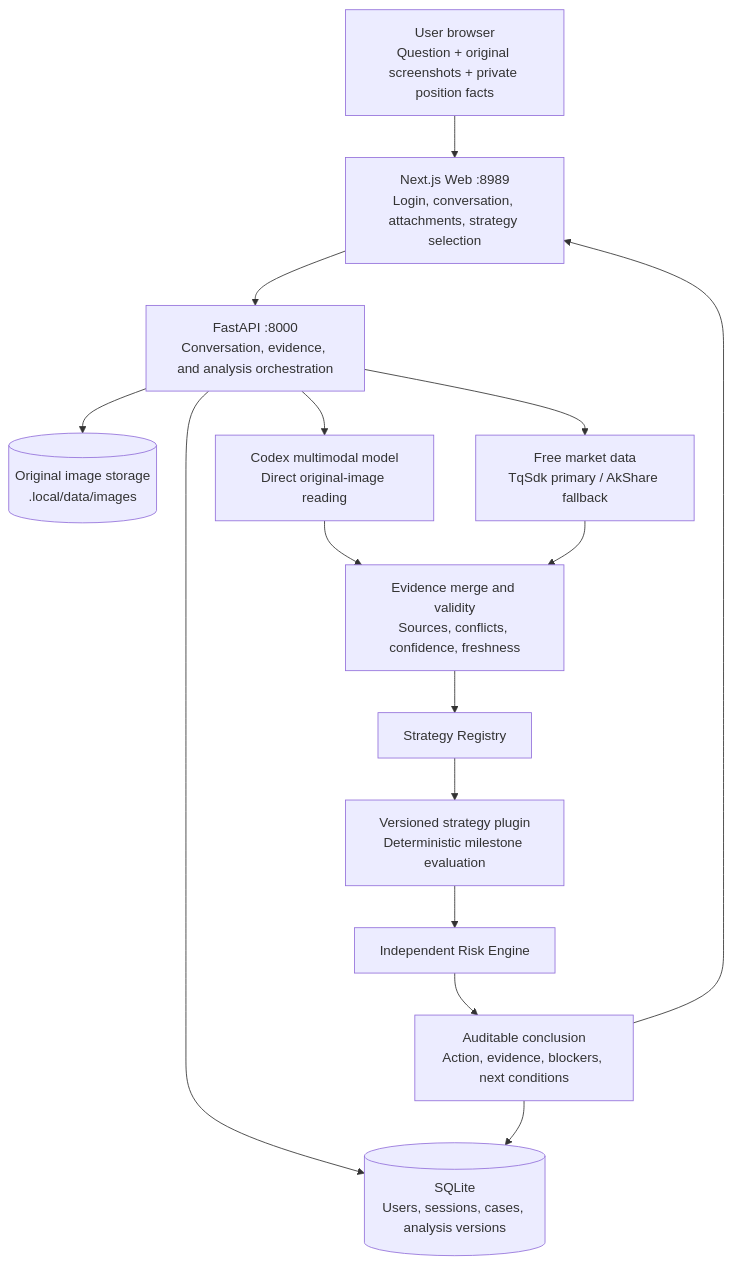
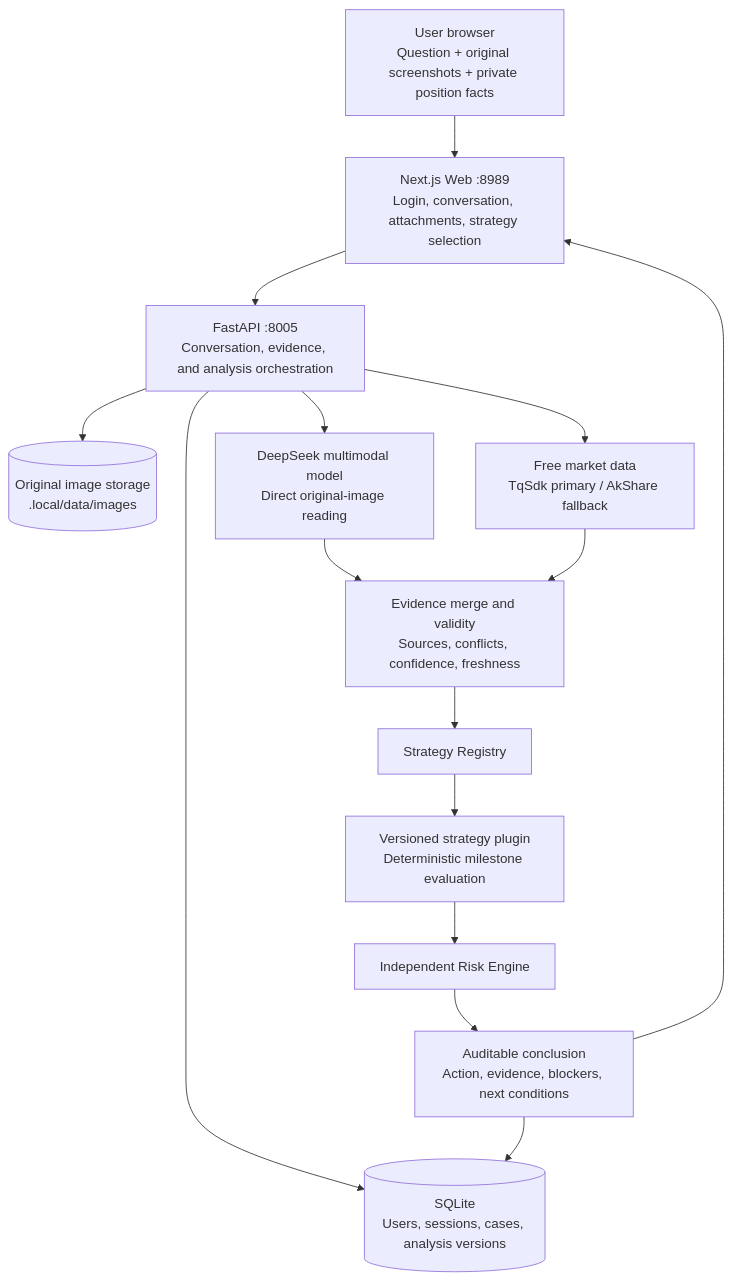
Before and after one commit to IFOSR/panshi-trading-ai: the diagram in README.en.md, drawn with Mermaid. The commit also changed other lines of this file and 10 other files, not shown here.

````diff
--- a/README.en.md
+++ b/README.en.md
@@ -69,31 +69,31 @@
 ```mermaid
 flowchart TD
     U[User browser<br/>Question + original screenshots + private position facts]
     W[Next.js Web :8989<br/>Login, conversation, attachments, strategy selection]
-    A[FastAPI :8000<br/>Conversation, evidence, and analysis orchestration]
+    A[FastAPI :8005<br/>Conversation, evidence, and analysis orchestration]
 
     DB[(SQLite<br/>Users, sessions, cases, analysis versions)]
     IMG[(Original image storage<br/>.local/data/images)]
-    V[Codex multimodal model<br/>Direct original-image reading]
+    V[DeepSeek multimodal model<br/>Direct original-image reading]
     M[Free market data<br/>TqSdk primary / AkShare fallback]
     E[Evidence merge and validity<br/>Sources, conflicts, confidence, freshness]
     R[Strategy Registry]
     S[Versioned strategy plugin<br/>Deterministic milestone evaluation]
     K[Independent Risk Engine]
     O[Auditable conclusion<br/>Action, evidence, blockers, next conditions]
 
     U --> W
     W --> A
     A --> DB
     A --> IMG
     A --> V
     A --> M
     V --> E
     M --> E
     E --> R
     R --> S
     S --> K
     K --> O
     O --> DB
     O --> W
 ```
````
